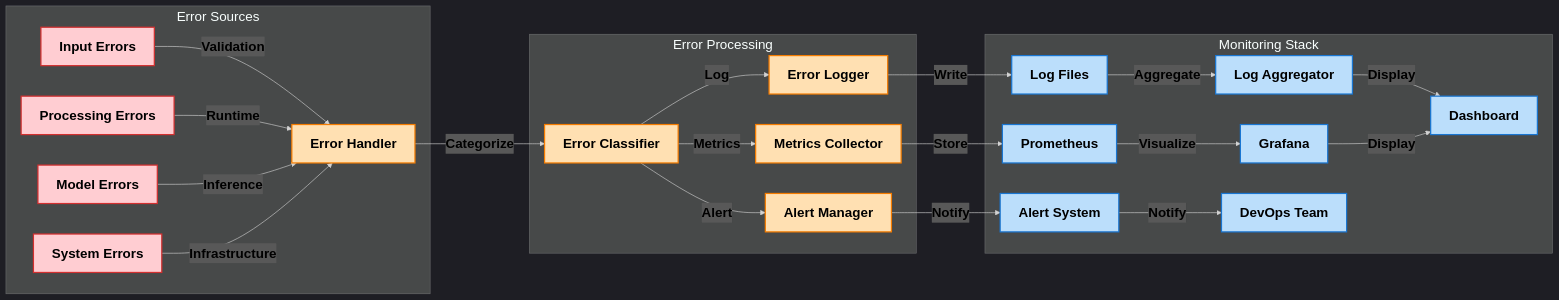
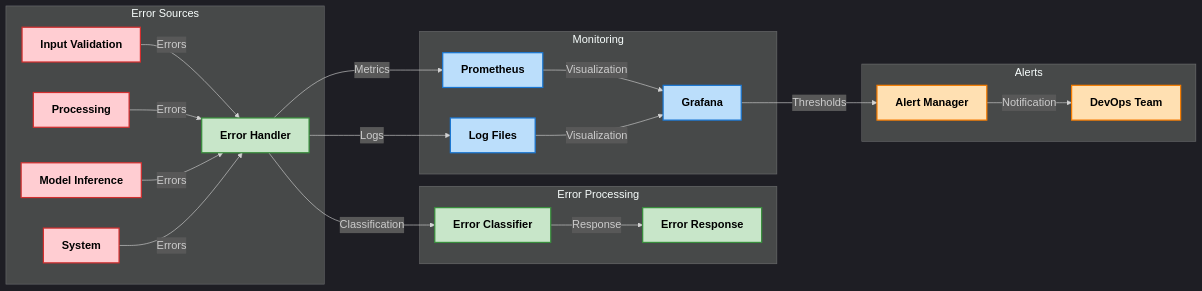
Before and after one commit to Dhruv0306/SymphonyProject1: the seventh of 9 diagrams in README.md, drawn with Mermaid. The commit also changed other lines of this file, not shown here.

First line of the commit message:
docs: enhance system architecture documentation and API specs

````diff
--- a/README.md
+++ b/README.md
@@ -969,48 +369,38 @@
 ```mermaid
-%%{init: {'theme': 'dark', 'themeVariables': { 'fontFamily': 'arial', 'fontSize': '22px'}}}%%
+%%{init: {'theme': 'dark', 'themeVariables': { 'fontFamily': 'arial', 'fontSize': '18px', 'fontWeight': 'bold'}}}%%
 graph LR
     subgraph "Error Sources"
         style A1 fill:#ffcdd2,stroke:#d32f2f,stroke-width:2px,color:#000000,font-weight:bold
         style A2 fill:#ffcdd2,stroke:#d32f2f,stroke-width:2px,color:#000000,font-weight:bold
         style A3 fill:#ffcdd2,stroke:#d32f2f,stroke-width:2px,color:#000000,font-weight:bold
         style A4 fill:#ffcdd2,stroke:#d32f2f,stroke-width:2px,color:#000000,font-weight:bold
-        A1[Input Errors] -->|Validation| B[Error Handler]
-        A2[Processing Errors] -->|Runtime| B
-        A3[Model Errors] -->|Inference| B
-        A4[System Errors] -->|Infrastructure| B
+        A1["Input Validation"] -->|"Errors"| B["Error Handler"]
+        A2["Processing"] -->|"Errors"| B
+        A3["Model Inference"] -->|"Errors"| B
+        A4["System"] -->|"Errors"| B
     end
 
-    subgraph "Error Processing" 
-        style B fill:#ffe0b2,stroke:#f57c00,stroke-width:2px,color:#000000,font-weight:bold
-        style C fill:#ffe0b2,stroke:#f57c00,stroke-width:2px,color:#000000,font-weight:bold
-        style D fill:#ffe0b2,stroke:#f57c00,stroke-width:2px,color:#000000,font-weight:bold
-        style E fill:#ffe0b2,stroke:#f57c00,stroke-width:2px,color:#000000,font-weight:bold
-        style F fill:#ffe0b2,stroke:#f57c00,stroke-width:2px,color:#000000,font-weight:bold
-        B -->|Categorize| C[Error Classifier]
-        C -->|Log| D[Error Logger]
-        C -->|Alert| E[Alert Manager]
-        C -->|Metrics| F[Metrics Collector]
+    subgraph "Error Processing"
+        style B fill:#c8e6c9,stroke:#388e3c,stroke-width:2px,color:#000000,font-weight:bold
+        style C fill:#c8e6c9,stroke:#388e3c,stroke-width:2px,color:#000000,font-weight:bold
+        style D fill:#c8e6c9,stroke:#388e3c,stroke-width:2px,color:#000000,font-weight:bold
+        B -->|"Classification"| C["Error Classifier"]
+        C -->|"Response"| D["Error Response"]
     end
 
-    subgraph "Monitoring Stack" 
+    subgraph "Monitoring"
+        style E fill:#bbdefb,stroke:#1976d2,stroke-width:2px,color:#000000,font-weight:bold
+        style F fill:#bbdefb,stroke:#1976d2,stroke-width:2px,color:#000000,font-weight:bold
         style G fill:#bbdefb,stroke:#1976d2,stroke-width:2px,color:#000000,font-weight:bold
-        style H fill:#bbdefb,stroke:#1976d2,stroke-width:2px,color:#000000,font-weight:bold
-        style I fill:#bbdefb,stroke:#1976d2,stroke-width:2px,color:#000000,font-weight:bold
-        style J fill:#bbdefb,stroke:#1976d2,stroke-width:2px,color:#000000,font-weight:bold
-        style K fill:#bbdefb,stroke:#1976d2,stroke-width:2px,color:#000000,font-weight:bold
-        style L fill:#bbdefb,stroke:#1976d2,stroke-width:2px,color:#000000,font-weight:bold
-        style M fill:#bbdefb,stroke:#1976d2,stroke-width:2px,color:#000000,font-weight:bold
-        D -->|Write| G[Log Files]
-        E -->|Notify| H[Alert System]
-        F -->|Store| I[Prometheus]
-        
-        G -->|Aggregate| J[Log Aggregator]
-        I -->|Visualize| K[Grafana]
-        
-        J & K -->|Display| L[Dashboard]
-        H -->|Notify| M[DevOps Team]
+        B -->|"Metrics"| E["Prometheus"]
+        B -->|"Logs"| F["Log Files"]
+        E & F -->|"Visualization"| G["Grafana"]
     end
 
-    %% Style all edge labels
-    linkStyle default color:#000000,font-weight:bold
+    subgraph "Alerts"
+        style H fill:#ffe0b2,stroke:#f57c00,stroke-width:2px,color:#000000,font-weight:bold
+        style I fill:#ffe0b2,stroke:#f57c00,stroke-width:2px,color:#000000,font-weight:bold
+        G -->|"Thresholds"| H["Alert Manager"]
+        H -->|"Notification"| I["DevOps Team"]
+    end
 ```
````
